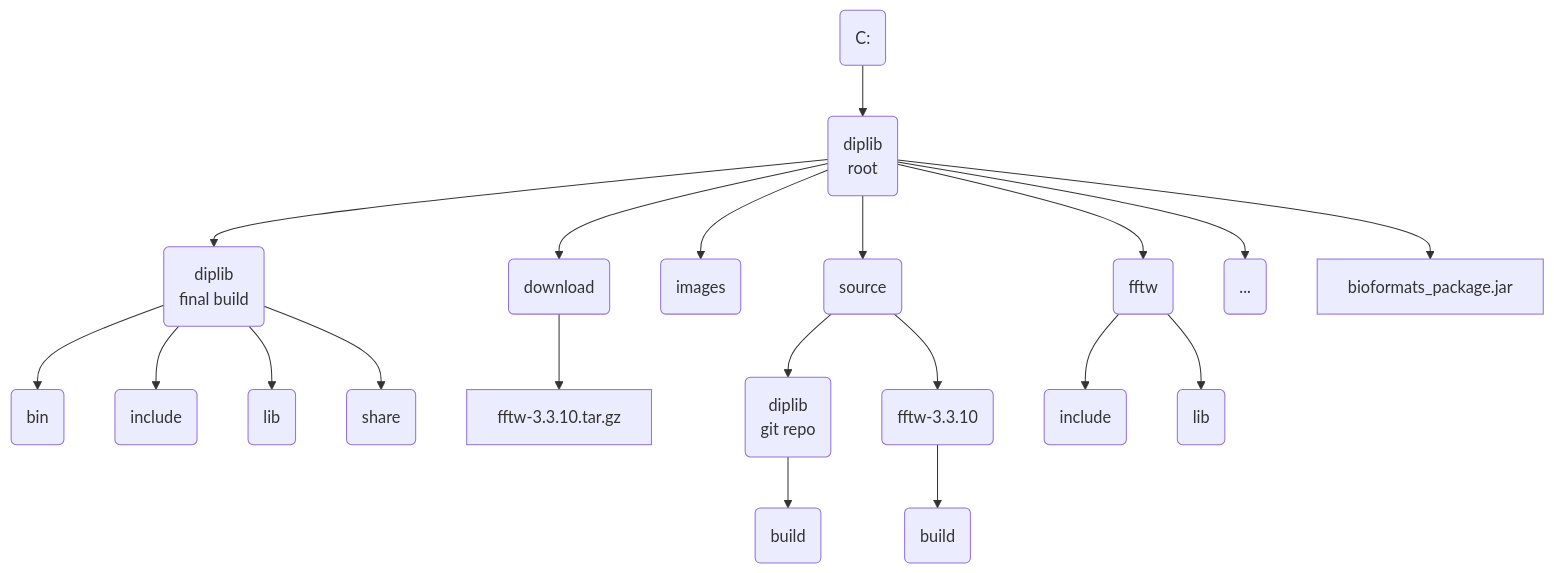
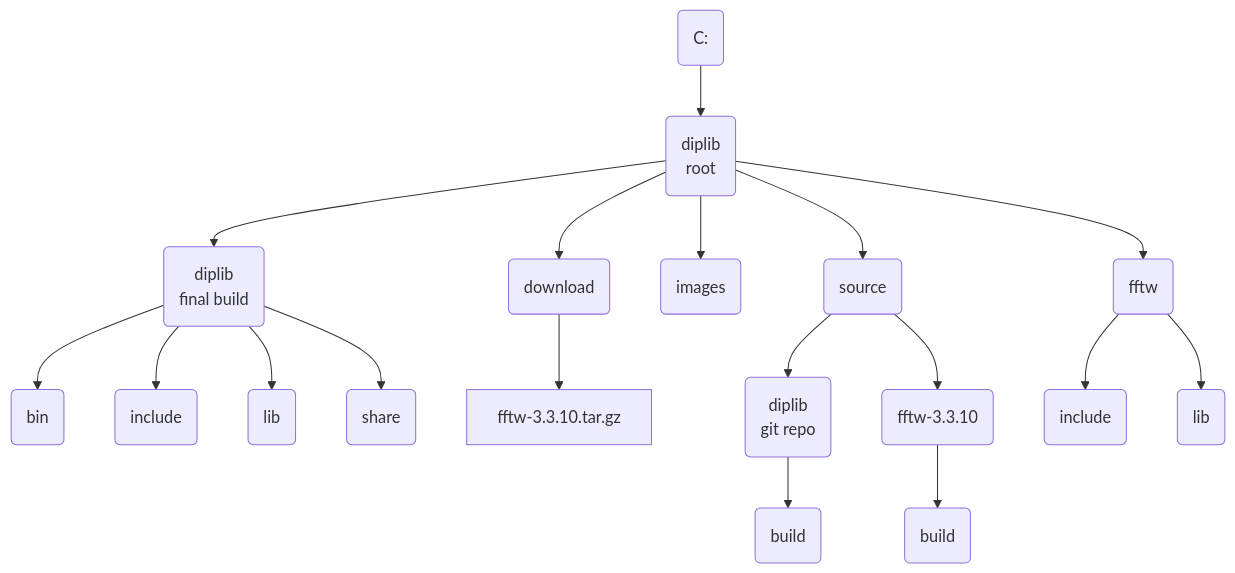
One commit to DIPlib/diplib changed the diagram in doc/src/releases/windows_release.md. Above: the diagram before and after it, drawn with Mermaid. The commit also changed other lines of this file, not shown here.

Commit message:
cleaning up file-structure

````diff
--- a/doc/src/releases/windows_release.md
+++ b/doc/src/releases/windows_release.md
@@ -27,22 +27,20 @@
 ```mermaid
 graph
     root(C:) --> 1(diplib<br>root)
     1 --> 11(diplib<br>final build)
     1 --> 12(download)
     1 --> 13(images)
     1 --> 14(source)
     1 --> 15(fftw)
-    1 --> 16(...)
-    1 --> 18[bioformats_package.jar]
     11 --> 111(bin)
     11 --> 112(include)
     11 --> 113(lib)
     11 --> 114(share)
     12 --> 121[fftw-3.3.10.tar.gz]
     14 --> 141(diplib<br>git repo)
     14 --> 142(fftw-3.3.10)
     141 --> 1411(build)
     142 --> 1421(build)
     15 --> 151(include)
     15 --> 152(lib)
 ```
````
